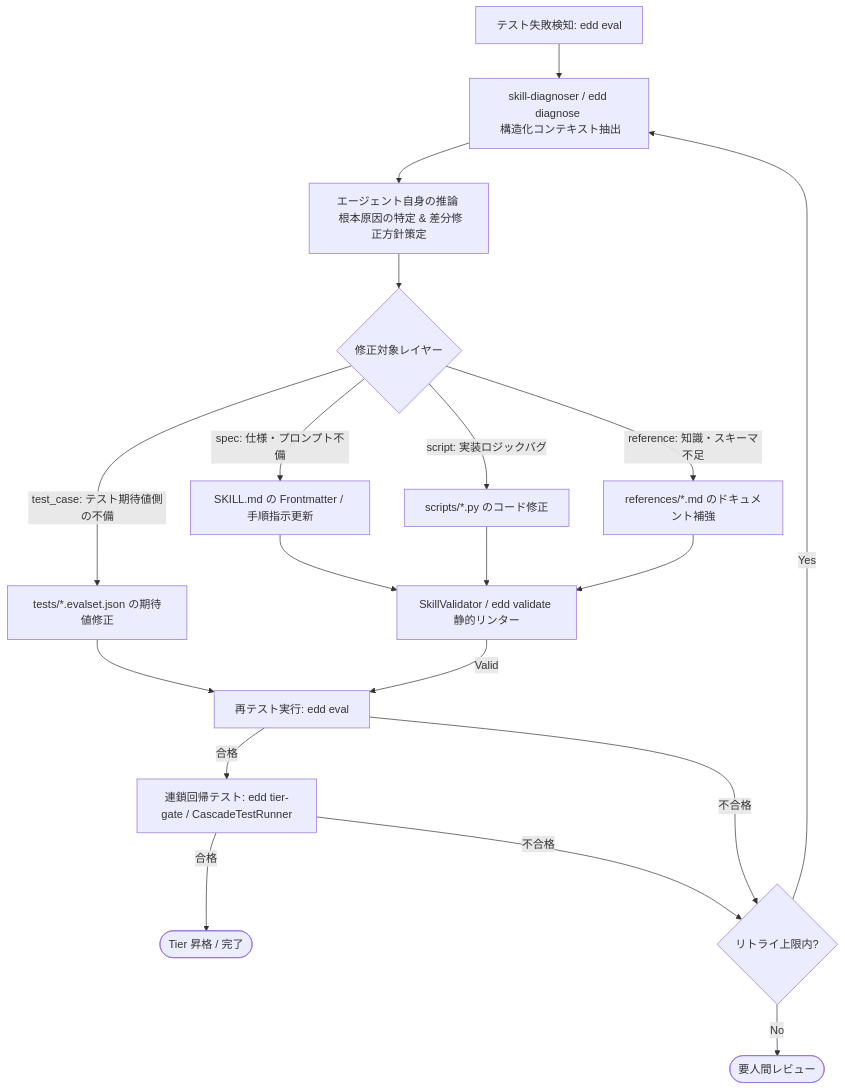
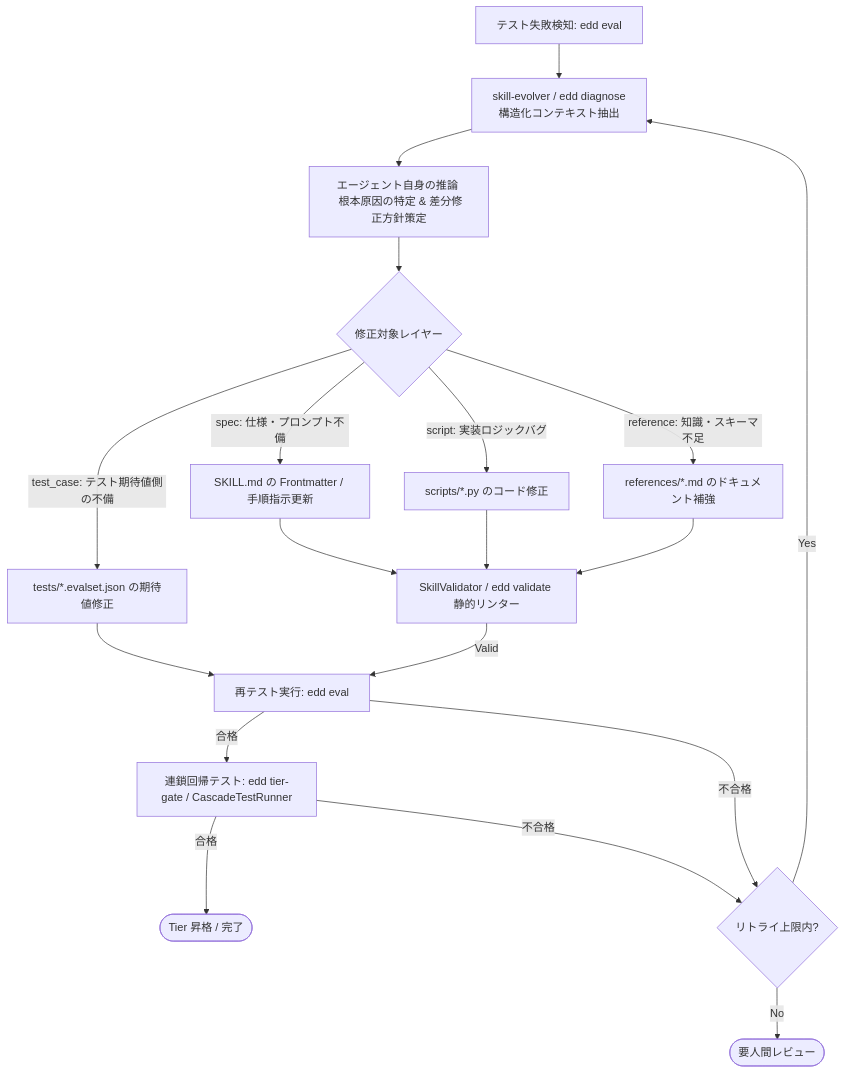
The diagram in self_improving_architecture_memo.md (magic-sword/skill-edd-agent), drawn with Mermaid before and after one commit. The commit also changed other lines of this file and 42 other files, not shown here.

````diff
--- a/self_improving_architecture_memo.md
+++ b/self_improving_architecture_memo.md
@@ -22,27 +20,27 @@
 ```mermaid
 flowchart TD
-    Err[テスト失敗検知: edd eval] --> Diagnoser[skill-diagnoser / edd diagnose <br/> 構造化コンテキスト抽出]
+    Err[テスト失敗検知: edd eval] --> Diagnoser[skill-evolver / edd diagnose <br/> 構造化コンテキスト抽出]
     
     Diagnoser --> AgentBrain[エージェント自身の推論 <br/> 根本原因の特定 & 差分修正方針策定]
     
     AgentBrain --> Route{修正対象レイヤー}
     
     Route -->|spec: 仕様・プロンプト不備| UpdateSpec[SKILL.md の Frontmatter / 手順指示更新]
     Route -->|script: 実装ロジックバグ| UpdateScript[scripts/*.py のコード修正]
     Route -->|reference: 知識・スキーマ不足| UpdateRef[references/*.md のドキュメント補強]
     Route -->|test_case: テスト期待値側の不備| UpdateTest[tests/*.evalset.json の期待値修正]
     
     UpdateSpec --> Validator[SkillValidator / edd validate 静的リンター]
     UpdateScript --> Validator
     UpdateRef --> Validator
     UpdateTest --> ReTest[再テスト実行: edd eval]
     
     Validator -->|Valid| ReTest
     
     ReTest -->|合格| Cascade[連鎖回帰テスト: edd tier-gate / CascadeTestRunner]
     Cascade -->|合格| Success([Tier 昇格 / 完了])
     Cascade -->|不合格| Retry{リトライ上限内?}
     ReTest -->|不合格| Retry
     Retry -->|Yes| Diagnoser
     Retry -->|No| Failed([要人間レビュー])
 ```
````
